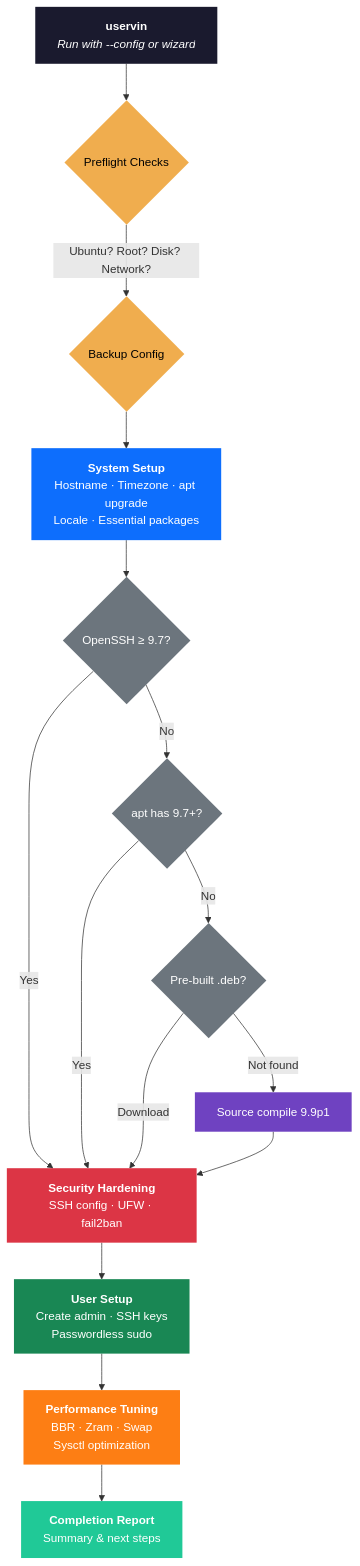
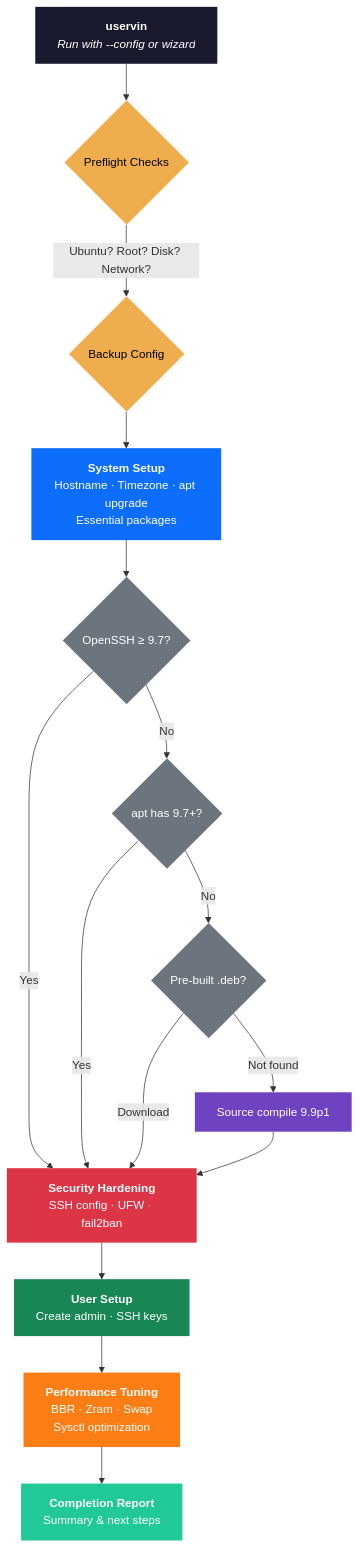
Before and after one commit to aprakasa/uservin: the diagram in README.md, drawn with Mermaid. The commit also changed other lines of this file and 2 other files, not shown here.

Commit message:
docs: remove inaccurate locale, passwordless-sudo, and auto_detect references
Remove claims about locale setup and passwordless sudo that don't
match the implementation. Remove auto_detect from config example
since the feature doesn't exist. Fix backup verification command
in TESTING.md.

````diff
--- a/README.md
+++ b/README.md
@@ -26,30 +26,30 @@
 ```mermaid
 flowchart TD
     A["<b>uservin</b><br/><i>Run with --config or wizard</i>"] --> B{Preflight Checks}
     B -->|"Ubuntu? Root? Disk? Network?"| C{Backup Config}
-    C --> D["<b>System Setup</b><br/>Hostname · Timezone · apt upgrade<br/>Locale · Essential packages"]
+    C --> D["<b>System Setup</b><br/>Hostname · Timezone · apt upgrade<br/>Essential packages"]
     D --> E{OpenSSH ≥ 9.7?}
     E -->|Yes| F["<b>Security Hardening</b><br/>SSH config · UFW · fail2ban"]
     E -->|No| G{apt has 9.7+?}
     G -->|Yes| F
     G -->|No| H{Pre-built .deb?}
     H -->|Download| F
     H -->|Not found| I["Source compile 9.9p1"]
     I --> F
-    F --> J["<b>User Setup</b><br/>Create admin · SSH keys<br/>Passwordless sudo"]
+    F --> J["<b>User Setup</b><br/>Create admin · SSH keys"]
     J --> K["<b>Performance Tuning</b><br/>BBR · Zram · Swap<br/>Sysctl optimization"]
     K --> L["<b>Completion Report</b><br/>Summary & next steps"]
 
     style A fill:#1a1a2e,color:#fff,stroke:none
     style B fill:#f0ad4e,color:#000,stroke:none
     style C fill:#f0ad4e,color:#000,stroke:none
     style D fill:#0d6efd,color:#fff,stroke:none
     style E fill:#6c757d,color:#fff,stroke:none
     style F fill:#dc3545,color:#fff,stroke:none
     style G fill:#6c757d,color:#fff,stroke:none
     style H fill:#6c757d,color:#fff,stroke:none
     style I fill:#6f42c1,color:#fff,stroke:none
     style J fill:#198754,color:#fff,stroke:none
     style K fill:#fd7e14,color:#fff,stroke:none
     style L fill:#20c997,color:#fff,stroke:none
 ```
````
